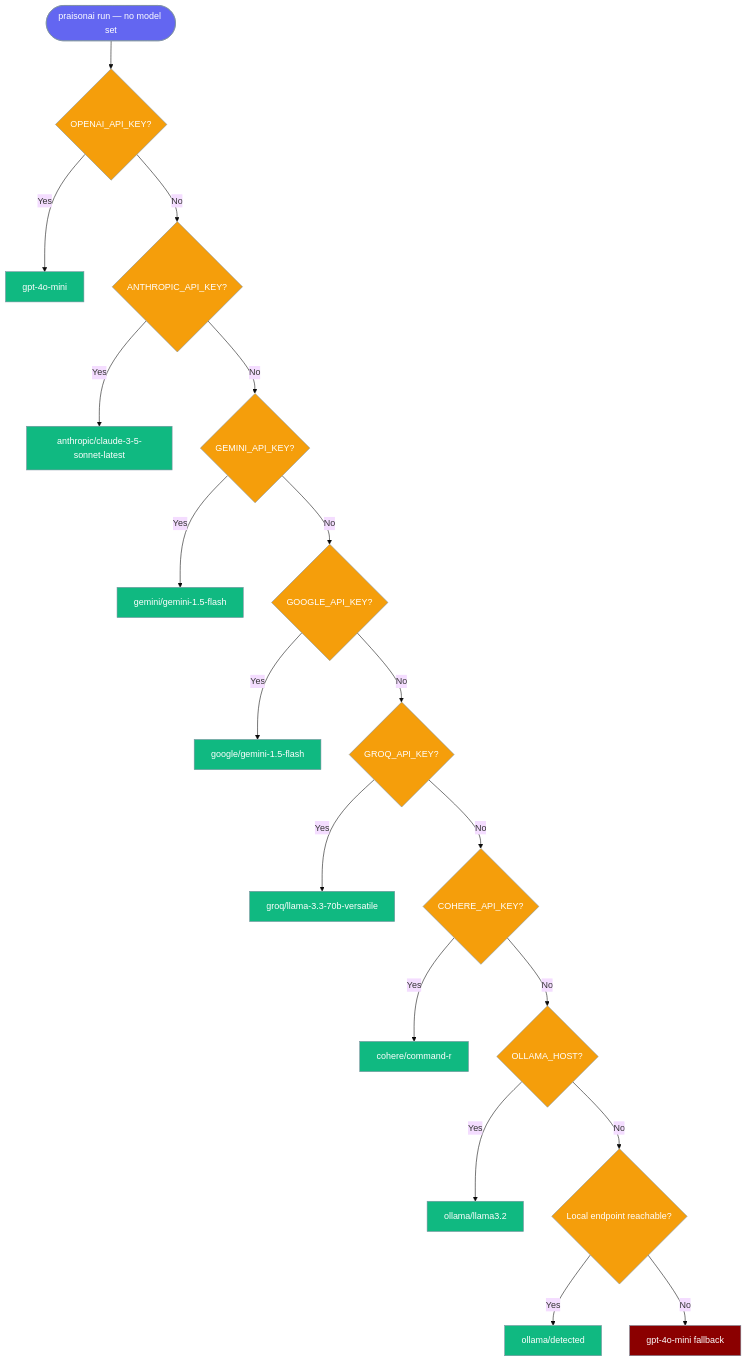
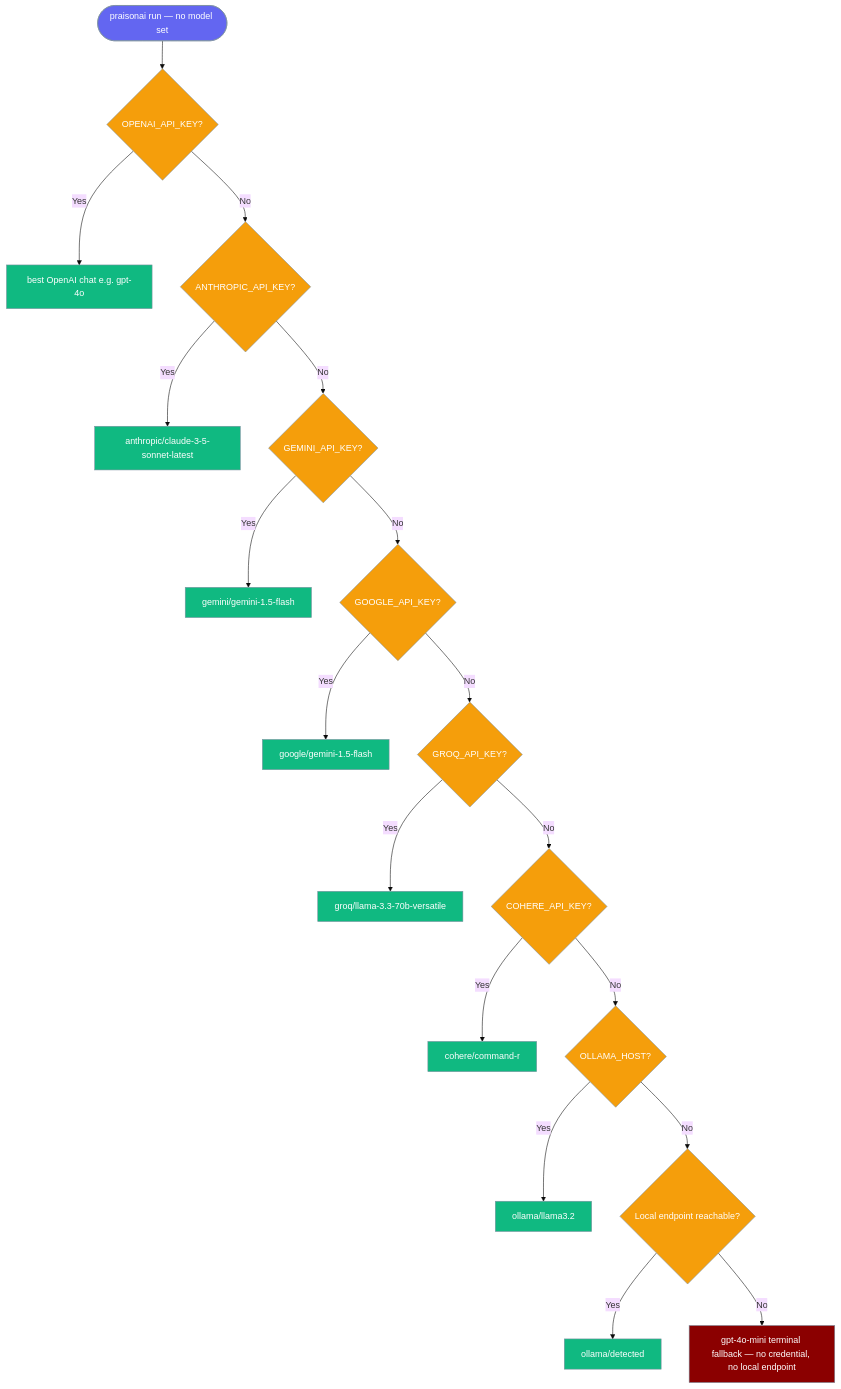
The second of 3 diagrams in docs/models.mdx (MervinPraison/PraisonAIDocs), drawn with Mermaid (base theme) before and after one commit. The commit also changed other lines of this file and 1 other file, not shown here.

First line of the commit message:
docs: reflect capability-ranked zero-config OpenAI default (fixes #4531)

````diff
--- a/docs/models.mdx
+++ b/docs/models.mdx
@@ -288,30 +299,30 @@
 ```mermaid
 graph TB
     Start([praisonai run — no model set]) --> A{OPENAI_API_KEY?}
-    A -->|Yes| M1[gpt-4o-mini]
+    A -->|Yes| M1[best OpenAI chat e.g. gpt-4o]
     A -->|No| B{ANTHROPIC_API_KEY?}
     B -->|Yes| M2[anthropic/claude-3-5-sonnet-latest]
     B -->|No| C{GEMINI_API_KEY?}
     C -->|Yes| M3[gemini/gemini-1.5-flash]
     C -->|No| D{GOOGLE_API_KEY?}
     D -->|Yes| M4[google/gemini-1.5-flash]
     D -->|No| E{GROQ_API_KEY?}
     E -->|Yes| M5[groq/llama-3.3-70b-versatile]
     E -->|No| F{COHERE_API_KEY?}
     F -->|Yes| M6[cohere/command-r]
     F -->|No| G{OLLAMA_HOST?}
     G -->|Yes| M7[ollama/llama3.2]
     G -->|No| L{Local endpoint reachable?}
     L -->|Yes| M9[ollama/detected]
-    L -->|No| M8[gpt-4o-mini fallback]
+    L -->|No| M8[gpt-4o-mini terminal fallback — no credential, no local endpoint]
 
     classDef start fill:#6366F1,stroke:#7C90A0,color:#fff
     classDef check fill:#F59E0B,stroke:#7C90A0,color:#fff
     classDef model fill:#10B981,stroke:#7C90A0,color:#fff
     classDef fallback fill:#8B0000,stroke:#7C90A0,color:#fff
 
     class Start start
     class A,B,C,D,E,F,G,L check
     class M1,M2,M3,M4,M5,M6,M7,M9 model
     class M8 fallback
 ```
````
